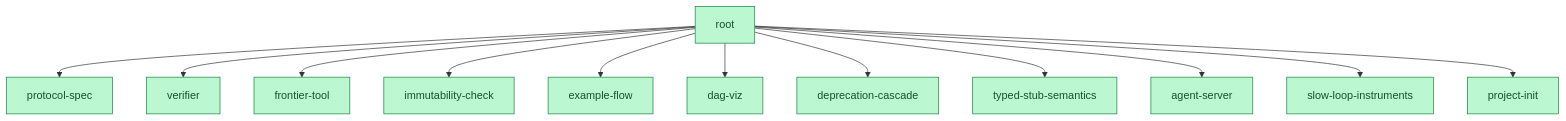
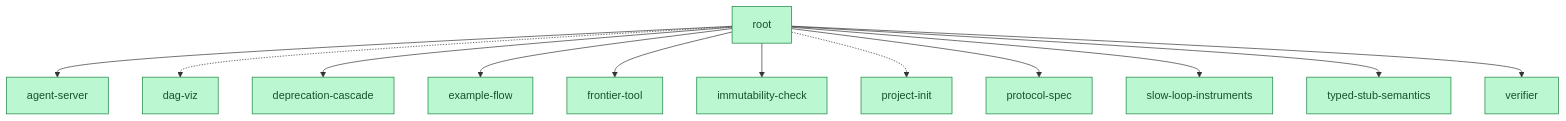
The diagram in README.zh-CN.md (shitianfang/build2me), drawn with Mermaid before and after one commit. The commit also changed other lines of this file and 1 other file, not shown here.

````diff
--- a/README.zh-CN.md
+++ b/README.zh-CN.md
@@ -8,27 +8,29 @@
 ```mermaid
 graph TD
-  root["root"]:::done
-  protocol_spec["protocol-spec"]:::done
-  verifier["verifier"]:::done
+  agent_server["agent-server"]:::done
+  dag_viz["dag-viz"]:::done
+  deprecation_cascade["deprecation-cascade"]:::done
+  example_flow["example-flow"]:::done
   frontier_tool["frontier-tool"]:::done
   immutability_check["immutability-check"]:::done
-  example_flow["example-flow"]:::done
-  dag_viz["dag-viz"]:::done
-  deprecation_cascade["deprecation-cascade"]:::done
+  project_init["project-init"]:::done
+  protocol_spec["protocol-spec"]:::done
+  root["root"]:::done
+  slow_loop_instruments["slow-loop-instruments"]:::done
   typed_stub_semantics["typed-stub-semantics"]:::done
-  agent_server["agent-server"]:::done
-  slow_loop_instruments["slow-loop-instruments"]:::done
-  project_init["project-init"]:::done
-  root --> protocol_spec
-  root --> verifier
+  verifier["verifier"]:::done
+  root --> agent_server
+  root -.-> dag_viz
+  root --> deprecation_cascade
+  root --> example_flow
   root --> frontier_tool
   root --> immutability_check
-  root --> example_flow
-  root --> dag_viz
-  root --> deprecation_cascade
+  root -.-> project_init
+  root --> protocol_spec
+  root --> slow_loop_instruments
   root --> typed_stub_semantics
-  root --> agent_server
-  root --> slow_loop_instruments
-  root --> project_init
+  root --> verifier
   classDef done fill:#bbf7d0,stroke:#15803d,color:#14532d
+  classDef open fill:#fde68a,stroke:#b45309,color:#78350f
+  classDef deprecated fill:#e5e7eb,stroke:#6b7280,color:#374151
 ```
````
